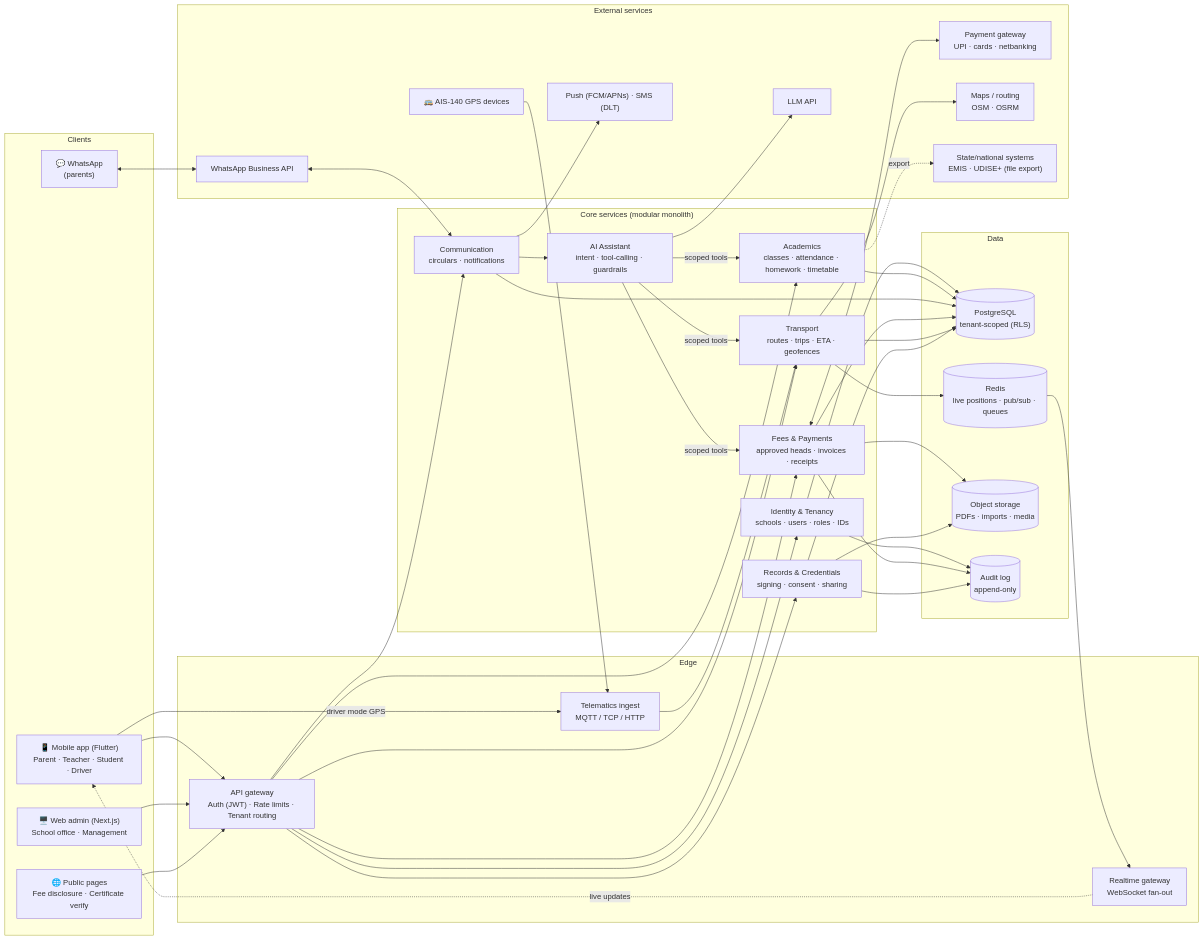
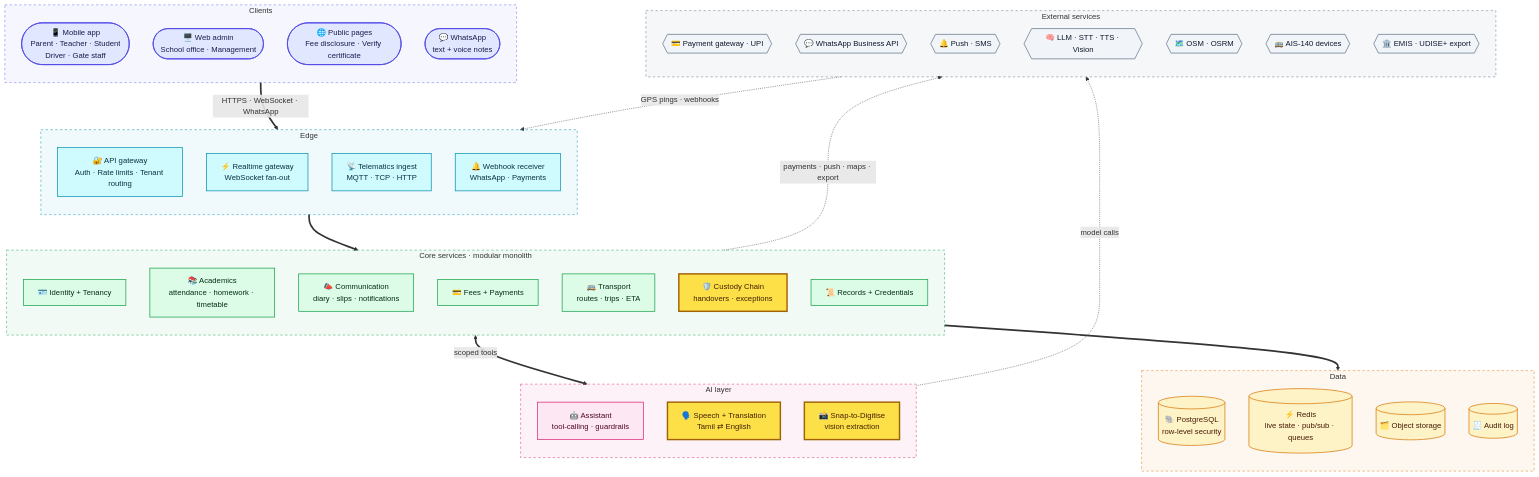
One commit to Vijay190899/acadstart changed the second of 14 diagrams in README.md. Above: the diagram before and after it, drawn with Mermaid. The commit also changed other lines of this file and 1 other file, not shown here.

Commit message:
Rewrite README: signature features (Custody Chain, Safe Handover, voice-first Tamil assistant, Snap-to-Digitise, digital diary), styled Mermaid diagrams, updated game plan and scale-up list

````diff
--- a/README.md
+++ b/README.md
@@ -65,61 +127,86 @@
 ```mermaid
-flowchart LR
-  subgraph Clients
-    MA["📱 Mobile app (Flutter)<br/>Parent · Teacher · Student · Driver"]
-    WA["🖥️ Web admin (Next.js)<br/>School office · Management"]
-    WAPP["💬 WhatsApp<br/>(parents)"]
-    PUB["🌐 Public pages<br/>Fee disclosure · Certificate verify"]
+flowchart TB
+  subgraph CL["Clients"]
+    direction TB
+    MA(["📱 Mobile app<br/>Parent · Teacher · Student<br/>Driver · Gate staff"])
+    WA(["🖥️ Web admin<br/>School office · Management"])
+    PUB(["🌐 Public pages<br/>Fee disclosure · Verify certificate"])
+    WAPP(["💬 WhatsApp<br/>text + voice notes"])
   end
 
-  subgraph Edge
-    GW["API gateway<br/>Auth (JWT) · Rate limits · Tenant routing"]
-    WS["Realtime gateway<br/>WebSocket fan-out"]
-    ING["Telematics ingest<br/>MQTT / TCP / HTTP"]
+  subgraph ED["Edge"]
+    direction TB
+    GW["🔐 API gateway<br/>Auth · Rate limits · Tenant routing"]
+    WS["⚡ Realtime gateway<br/>WebSocket fan-out"]
+    ING["📡 Telematics ingest<br/>MQTT · TCP · HTTP"]
+    WH["🔔 Webhook receiver<br/>WhatsApp · Payments"]
   end
 
-  subgraph Core["Core services (modular monolith)"]
-    ID["Identity & Tenancy<br/>schools · users · roles · IDs"]
-    ACA["Academics<br/>classes · attendance · homework · timetable"]
-    COM["Communication<br/>circulars · notifications"]
-    FEE["Fees & Payments<br/>approved heads · invoices · receipts"]
-    TRN["Transport<br/>routes · trips · ETA · geofences"]
-    REC["Records & Credentials<br/>signing · consent · sharing"]
-    AI["AI Assistant<br/>intent · tool-calling · guardrails"]
+  subgraph CORE["Core services · modular monolith"]
+    direction TB
+    ID["🪪 Identity + Tenancy"]
+    ACA["📚 Academics<br/>attendance · homework · timetable"]
+    COM["📣 Communication<br/>diary · slips · notifications"]
+    FEE["💳 Fees + Payments"]
+    TRN["🚌 Transport<br/>routes · trips · ETA"]
+    CUS["🛡️ Custody Chain<br/>handovers · exceptions"]
+    REC["📜 Records + Credentials"]
   end
 
-  subgraph Data
-    PG[("PostgreSQL<br/>tenant-scoped (RLS)")]
-    RD[("Redis<br/>live positions · pub/sub · queues")]
-    OBJ[("Object storage<br/>PDFs · imports · media")]
-    AUD[("Audit log<br/>append-only")]
+  subgraph AIL["AI layer"]
+    direction TB
+    AST["🤖 Assistant<br/>tool-calling · guardrails"]
+    SPE["🗣️ Speech + Translation<br/>Tamil ⇄ English"]
+    DIG["📸 Snap-to-Digitise<br/>vision extraction"]
   end
 
-  subgraph External["External services"]
-    PGW["Payment gateway<br/>UPI · cards · netbanking"]
-    WBA["WhatsApp Business API"]
-    FCM["Push (FCM/APNs) · SMS (DLT)"]
-    LLM["LLM API"]
-    MAP["Maps / routing<br/>OSM · OSRM"]
-    GPS["🚌 AIS-140 GPS devices"]
-    GOV["State/national systems<br/>EMIS · UDISE+ (file export)"]
+  subgraph DATA["Data"]
+    direction TB
+    PG[("🐘 PostgreSQL<br/>row-level security")]
+    RD[("⚡ Redis<br/>live state · pub/sub · queues")]
+    OBJ[("🗂️ Object storage")]
+    AUD[("🧾 Audit log")]
   end
 
-  MA --> GW
-  WA --> GW
-  PUB --> GW
-  WAPP <--> WBA <--> COM
-  WS -. "live updates" .-> MA
-  GPS --> ING --> TRN
-  MA -- "driver mode GPS" --> ING
-  GW --> ID & ACA & COM & FEE & TRN & REC
-  COM --> AI --> LLM
-  AI -- "scoped tools" --> ACA & FEE & TRN
-  FEE <--> PGW
-  COM --> FCM
-  TRN --> MAP
-  TRN --> RD --> WS
-  ID & ACA & COM & FEE & TRN & REC --> PG
-  FEE & REC --> OBJ
-  ID & FEE & REC --> AUD
-  ACA -. "export" .-> GOV
+  subgraph EXT["External services"]
+    direction TB
+    PGW{{"💳 Payment gateway · UPI"}}
+    WBA{{"💬 WhatsApp Business API"}}
+    PUSH{{"🔔 Push · SMS"}}
+    LLM{{"🧠 LLM · STT · TTS · Vision"}}
+    MAP{{"🗺️ OSM · OSRM"}}
+    GPS{{"🚌 AIS-140 devices"}}
+    GOV{{"🏛️ EMIS · UDISE+ export"}}
+  end
+
+  CL ==>|"HTTPS · WebSocket · WhatsApp"| ED
+  EXT -.->|"GPS pings · webhooks"| ED
+  ED ==> CORE
+  CORE <==>|"scoped tools"| AIL
+  CORE ==> DATA
+  CORE -.->|"payments · push · maps · export"| EXT
+  AIL -.->|"model calls"| EXT
+
+  classDef client fill:#E0E7FF,stroke:#4F46E5,stroke-width:1.5px,color:#1E1B4B
+  classDef edg fill:#CFFAFE,stroke:#0891B2,stroke-width:1.5px,color:#083344
+  classDef core fill:#DCFCE7,stroke:#16A34A,stroke-width:1.5px,color:#052E16
+  classDef ai fill:#FCE7F3,stroke:#DB2777,stroke-width:1.5px,color:#500724
+  classDef data fill:#FEF3C7,stroke:#D97706,stroke-width:1.5px,color:#451A03
+  classDef ext fill:#F1F5F9,stroke:#64748B,stroke-width:1.5px,color:#0F172A
+  classDef sig fill:#FDE047,stroke:#A16207,stroke-width:3px,color:#422006
+
+  class MA,WA,PUB,WAPP client
+  class GW,WS,ING,WH edg
+  class ID,ACA,COM,FEE,TRN,REC core
+  class AST ai
+  class PG,RD,OBJ,AUD data
+  class PGW,WBA,PUSH,LLM,MAP,GPS,GOV ext
+  class CUS,SPE,DIG sig
+
+  style CL fill:#6366F10F,stroke:#6366F1,stroke-dasharray:5 5
+  style ED fill:#0891B20F,stroke:#0891B2,stroke-dasharray:5 5
+  style CORE fill:#16A34A0F,stroke:#16A34A,stroke-dasharray:5 5
+  style AIL fill:#DB27770F,stroke:#DB2777,stroke-dasharray:5 5
+  style DATA fill:#D977060F,stroke:#D97706,stroke-dasharray:5 5
+  style EXT fill:#64748B0F,stroke:#64748B,stroke-dasharray:5 5
 ```
````
